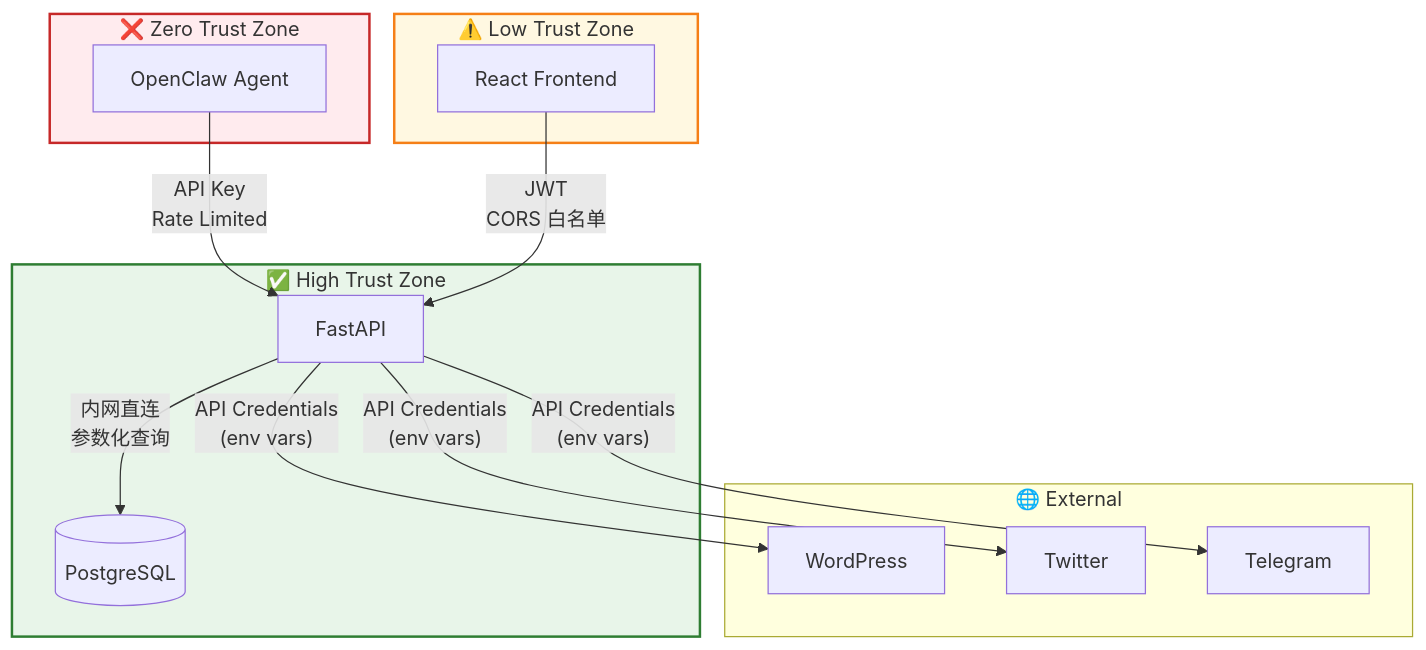
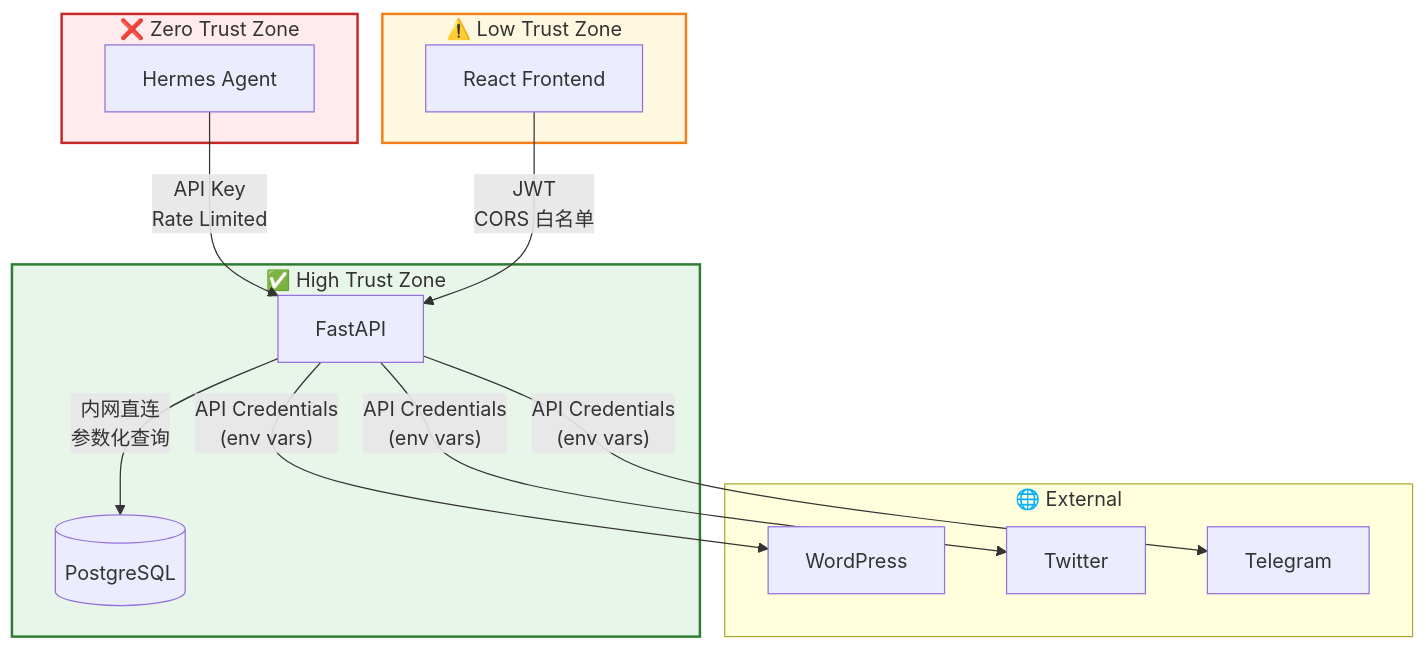
Before and after one commit to Guitang0414/Tiffany-Z-Intern-2026: the sixth of 6 diagrams in docs/architecture.md, drawn with Mermaid. The commit also changed other lines of this file and 5 other files, not shown here.

First line of the commit message:
update tech stack to Hermes Agent + Hetzner/Dokploy, add internship plan and CLAUDE.md

````diff
--- a/docs/architecture.md
+++ b/docs/architecture.md
@@ -275,30 +266,30 @@
 ```mermaid
 graph TB
     subgraph trust_none["❌ Zero Trust Zone"]
-        Agent["OpenClaw Agent"]
+        Agent["Hermes Agent"]
     end
 
     subgraph trust_low["⚠️ Low Trust Zone"]
         Frontend["React Frontend"]
     end
 
     subgraph trust_high["✅ High Trust Zone"]
         API["FastAPI"]
         DB[("PostgreSQL")]
     end
 
     subgraph external["🌐 External"]
         WP["WordPress"]
         TW["Twitter"]
         TG["Telegram"]
     end
 
     Agent -->|"API Key<br/>Rate Limited"| API
     Frontend -->|"JWT<br/>CORS 白名单"| API
     API -->|"内网直连<br/>参数化查询"| DB
     API -->|"API Credentials<br/>(env vars)"| WP & TW & TG
 
     style trust_none fill:#ffebee,stroke:#c62828,stroke-width:2px
     style trust_low fill:#fff8e1,stroke:#f57f17,stroke-width:2px
     style trust_high fill:#e8f5e9,stroke:#2e7d32,stroke-width:2px
 ```
````
